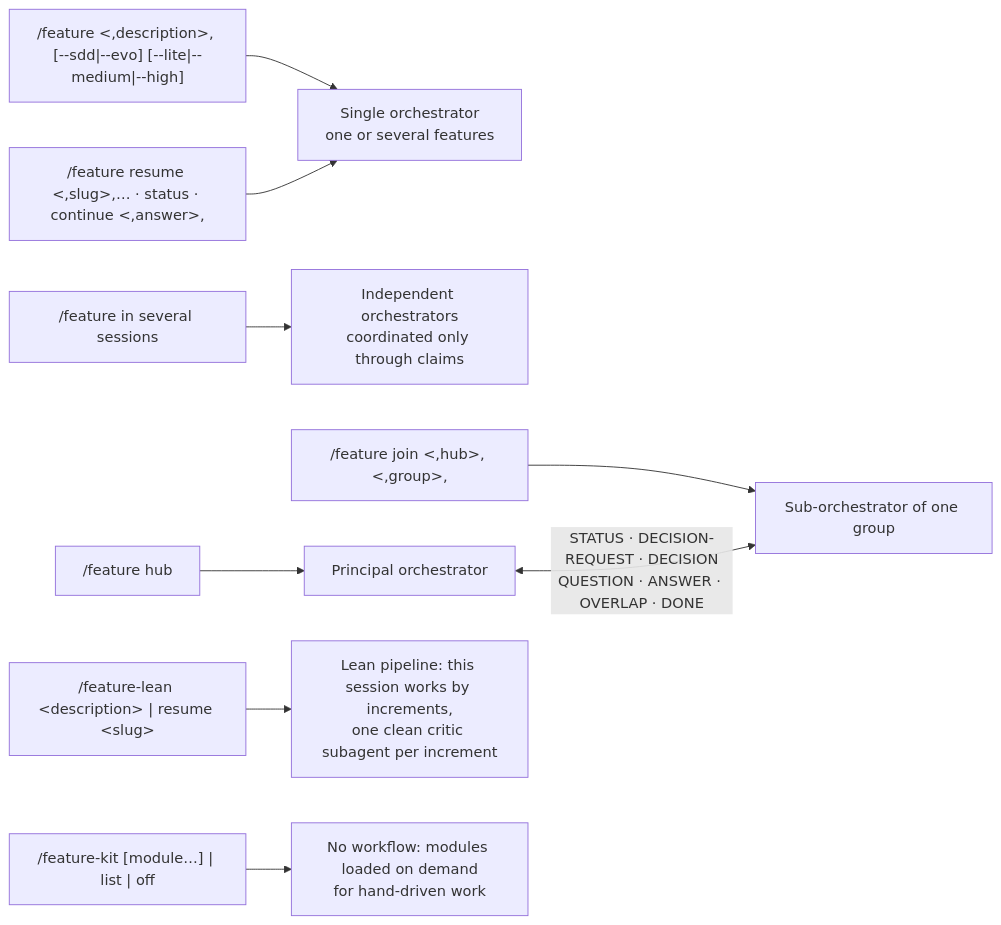
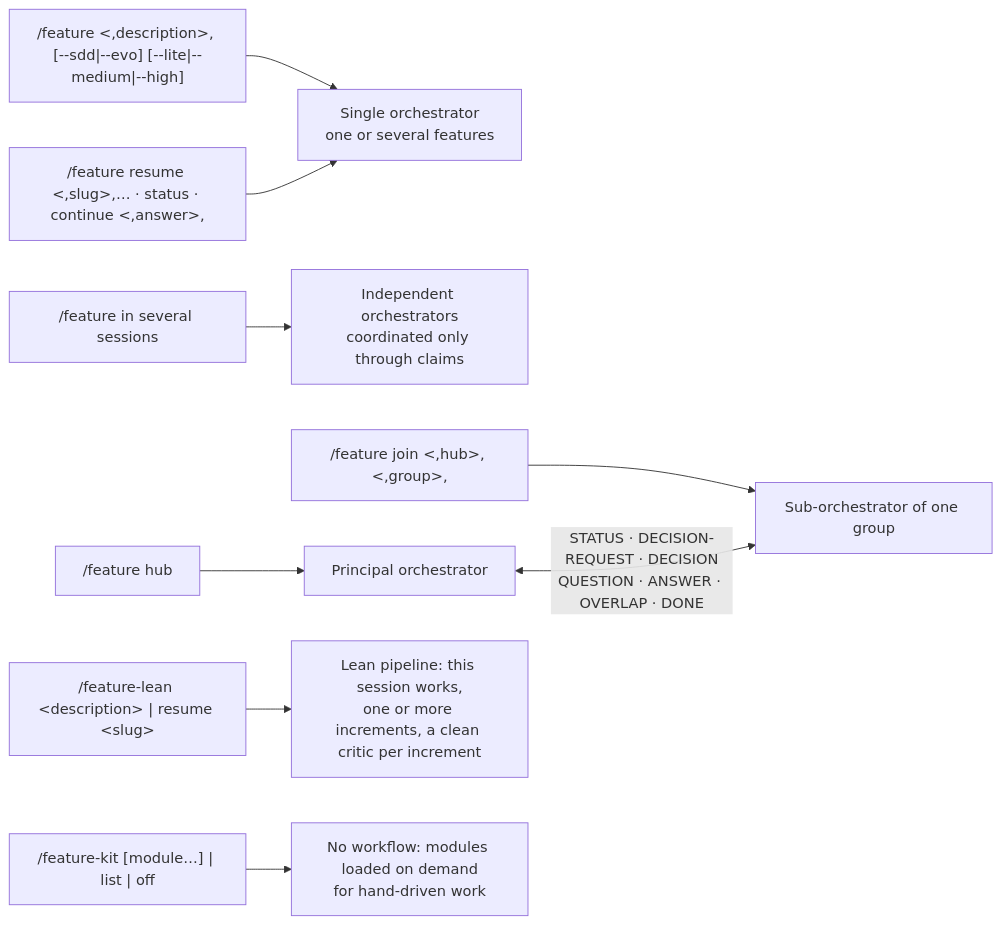
One commit to mariopedemonte12/claude-feature-workflow changed the second of 11 diagrams in docs/architecture.md. Above: the diagram before and after it, drawn with Mermaid. The commit also changed other lines of this file and 4 other files, not shown here.

````diff
--- a/docs/architecture.md
+++ b/docs/architecture.md
@@ -84,11 +84,11 @@
 ```mermaid
 flowchart LR
     C1["/feature &lt,description&gt, [--sdd|--evo] [--lite|--medium|--high]"] --> M1["Single orchestrator<br/>one or several features"]
     C2["/feature resume &lt,slug&gt,… · status · continue &lt,answer&gt,"] --> M1
     C3["/feature in several sessions"] --> M2["Independent orchestrators<br/>coordinated only through claims"]
     C4["/feature hub"] --> M3["Principal orchestrator"]
     C5["/feature join &lt,hub&gt, &lt,group&gt,"] --> M4["Sub-orchestrator of one group"]
     M3 <-->|"STATUS · DECISION-REQUEST · DECISION<br/>QUESTION · ANSWER · OVERLAP · DONE"| M4
-    C7["/feature-lean &lt;description&gt; | resume &lt;slug&gt;"] --> M6["Lean pipeline: this session works by increments,<br/>one clean critic subagent per increment"]
+    C7["/feature-lean &lt;description&gt; | resume &lt;slug&gt;"] --> M6["Lean pipeline: this session works,<br/>one or more increments, a clean critic per increment"]
     C6["/feature-kit [module…] | list | off"] --> M5["No workflow: modules loaded on demand<br/>for hand-driven work"]
 ```
````
